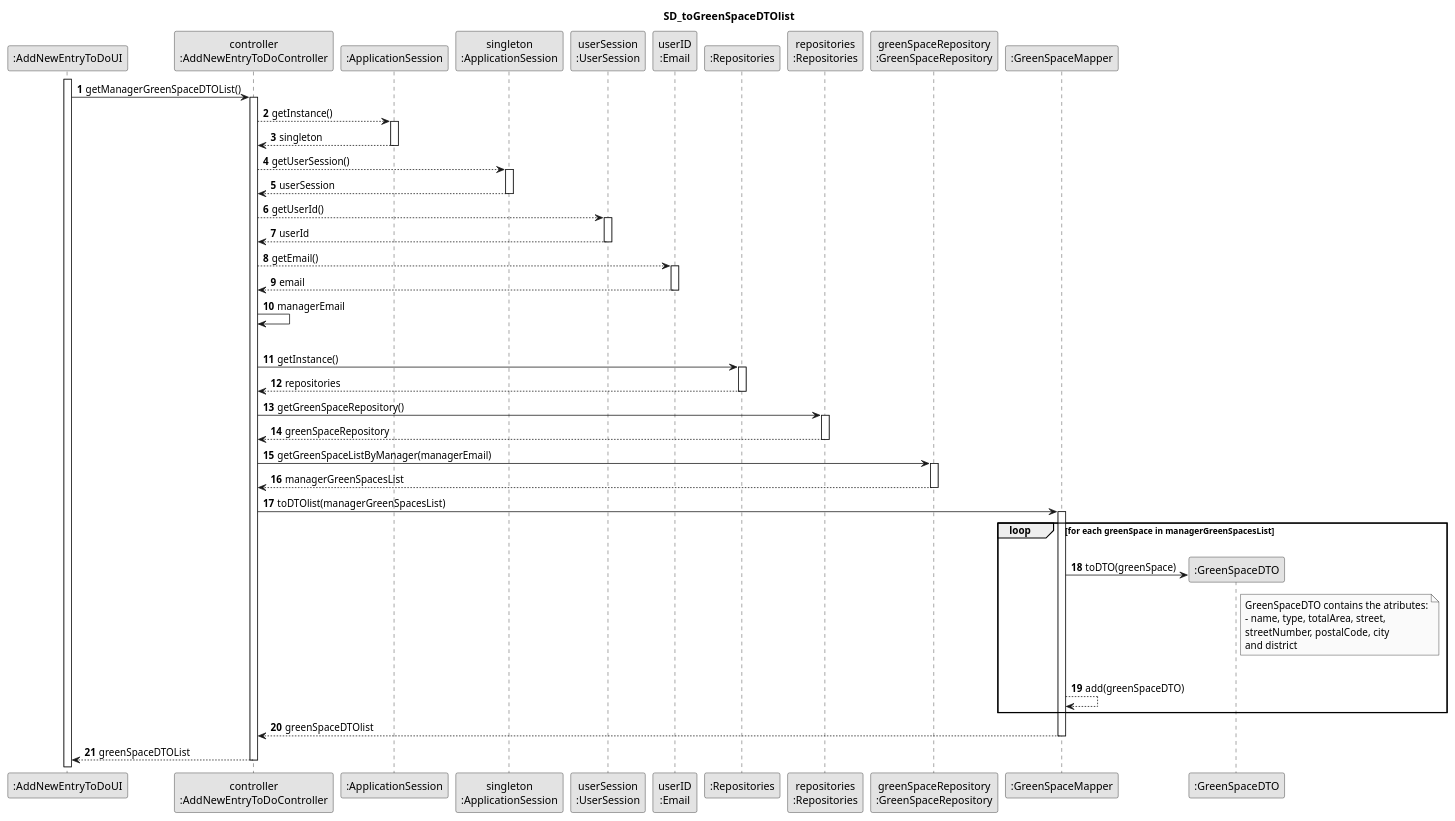
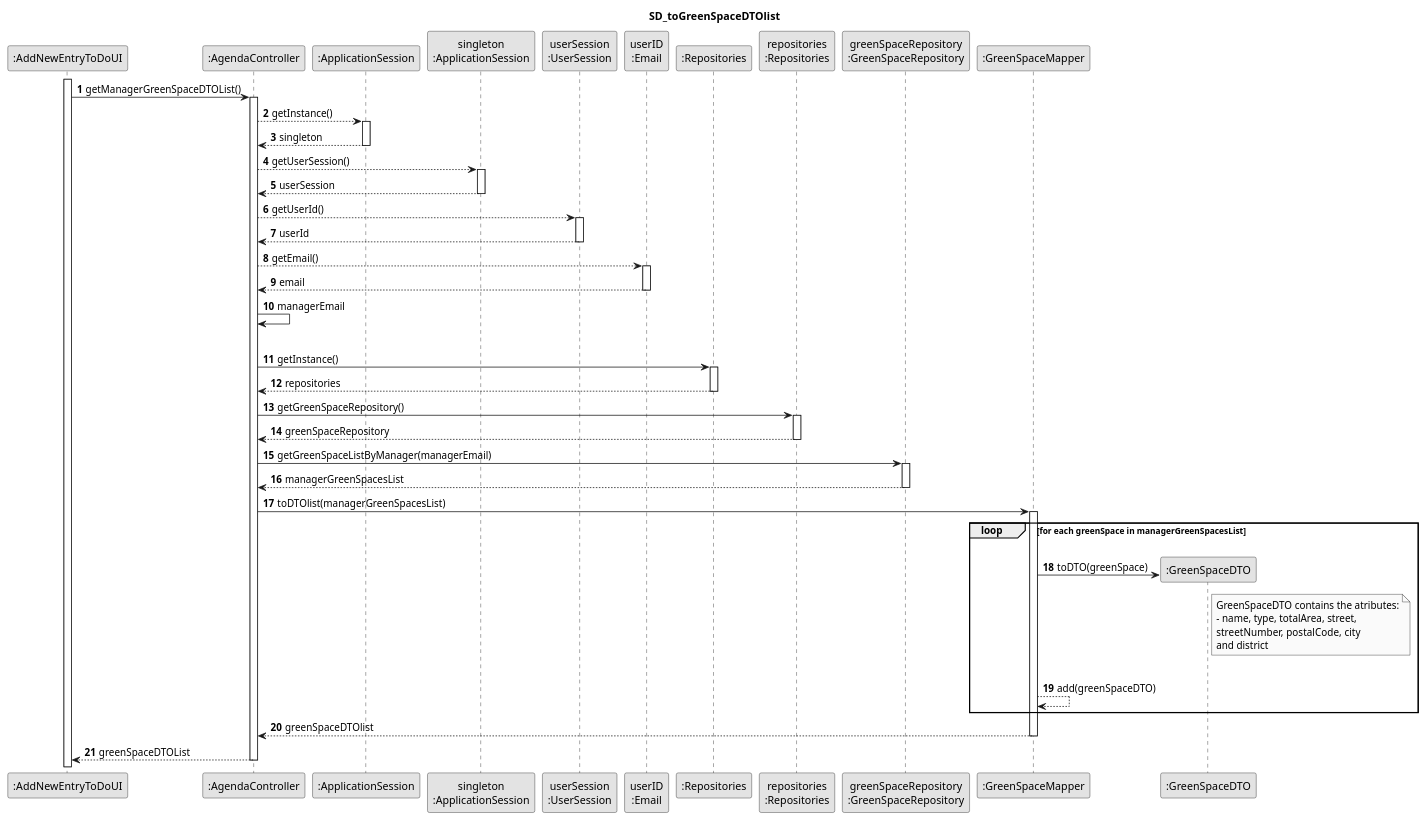
The diagram in docs/sprintC/us021/03.design/puml/SD_toGreenSpaceDTOlist.puml (Rui-San/LAPR2_2023_2024), drawn with PlantUML before and after one commit. The commit also changed 17 other files, not shown here.

```diff
--- a/docs/sprintC/us021/03.design/puml/SD_toGreenSpaceDTOlist.puml
+++ b/docs/sprintC/us021/03.design/puml/SD_toGreenSpaceDTOlist.puml
@@ -1,111 +1,111 @@
 @startuml
 skinparam monochrome true
 skinparam packageStyle rectangle
 skinparam shadowing false
 
 title SD_toGreenSpaceDTOlist
 
 autonumber
 
 
 participant ":AddNewEntryToDoUI" as UI
-participant "controller\n:AddNewEntryToDoController" as CTRL
+participant ":AgendaController" as CTRL
 participant ":ApplicationSession" as APP
 participant "singleton\n:ApplicationSession" as APPSingleton
 participant "userSession\n:UserSession" as UserSession
 participant "userID\n:Email" as Email
 participant ":Repositories" as REPO
 participant "repositories\n:Repositories" as REPOInstance
 participant "greenSpaceRepository\n:GreenSpaceRepository" as GreenSpaceREPO
 participant ":GreenSpaceMapper" as GreenSpaceMapper
 participant ":GreenSpaceDTO" as GreenSpaceDTO
 
 
     activate UI
 
     UI -> CTRL : getManagerGreenSpaceDTOList()
     activate CTRL
 
     CTRL --> APP : getInstance()
                 activate APP
 
                     APP --> CTRL : singleton
                 deactivate APP
 
                 CTRL --> APPSingleton : getUserSession()
                 activate APPSingleton
 
                     APPSingleton --> CTRL : userSession
                 deactivate APPSingleton
 
                 CTRL --> UserSession : getUserId()
                 activate UserSession
 
                     UserSession --> CTRL : userId
                 deactivate UserSession
 
                 CTRL --> Email : getEmail()
                 activate Email
 
                     Email --> CTRL : email
                 deactivate Email
 
                 CTRL -> CTRL : managerEmail
                 |||
 
         CTRL -> REPO : getInstance()
         activate REPO
 
             REPO --> CTRL : repositories
         deactivate REPO
         CTRL -> REPOInstance: getGreenSpaceRepository()
 
         activate REPOInstance
 
             REPOInstance --> CTRL : greenSpaceRepository
         deactivate REPOInstance
 
         CTRL -> GreenSpaceREPO : getGreenSpaceListByManager(managerEmail)
         activate GreenSpaceREPO
 
         GreenSpaceREPO --> CTRL : managerGreenSpacesList
 
         deactivate GreenSpaceREPO
 
         CTRL -> GreenSpaceMapper : toDTOlist(managerGreenSpacesList)
 
         activate GreenSpaceMapper
 loop for each greenSpace in managerGreenSpacesList
 |||
             GreenSpaceMapper -> GreenSpaceDTO** : toDTO(greenSpace)
 
             note right of GreenSpaceDTO
                                 GreenSpaceDTO contains the atributes:
                                 - name, type, totalArea, street,
                                 streetNumber, postalCode, city
                                 and district
                                                           end note
                             |||
             GreenSpaceMapper --> GreenSpaceMapper : add(greenSpaceDTO)
 
 end loop
             GreenSpaceMapper --> CTRL : greenSpaceDTOlist
 
 
 
         deactivate GreenSpaceMapper
 
 
 
 
 
 
 
 
 
 CTRL --> UI : greenSpaceDTOList
     deactivate CTRL
 
 
 
 @enduml
```
